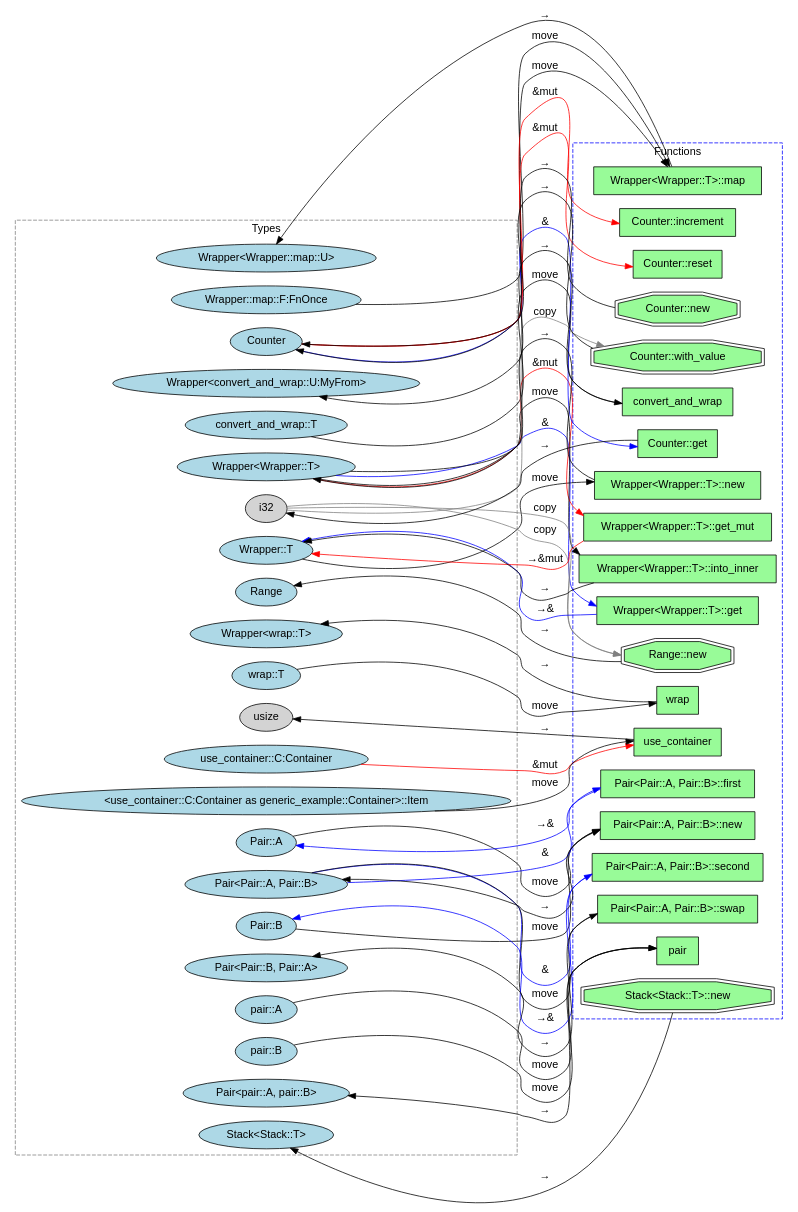
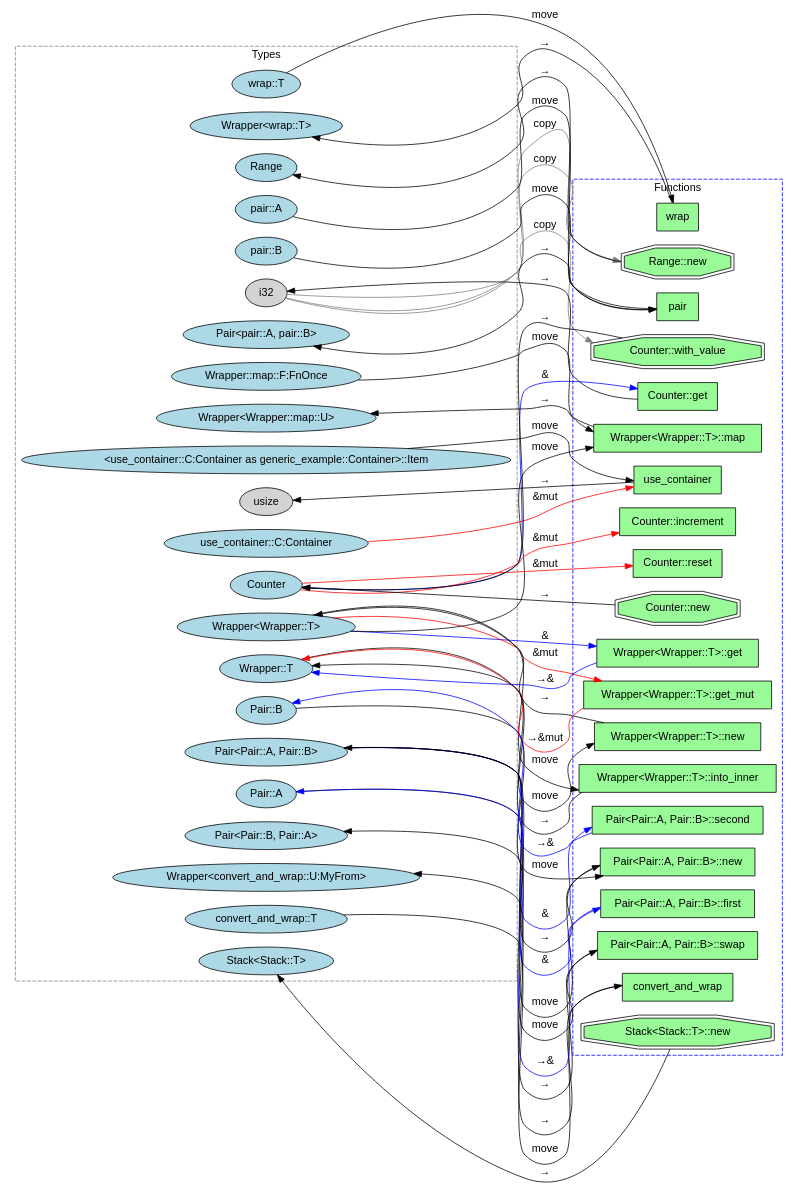
The diagram in test_output/generic_example/apigraph.dot (kevindadi/RustSynth), drawn with Graphviz before and after one commit. The commit also changed 33 other files, not shown here.

First line of the commit message:
Refactor test.sh and enhance reachability graph generation

```diff
--- a/test_output/generic_example/apigraph.dot
+++ b/test_output/generic_example/apigraph.dot
@@ -1,105 +1,105 @@
 digraph ApiGraph {
   rankdir=LR;
   fontname="Helvetica";
   node [fontname="Helvetica"];
   edge [fontname="Helvetica"];
 
   // Type nodes (椭圆)
   subgraph cluster_types {
     label="Types";
     style=dashed;
     color=gray;
-    T0 [label="Stack<Stack::T>", shape=ellipse, style=filled, fillcolor=lightblue];
-    T1 [label="convert_and_wrap::T", shape=ellipse, style=filled, fillcolor=lightblue];
-    T2 [label="Wrapper<convert_and_wrap::U:MyFrom>", shape=ellipse, style=filled, fillcolor=lightblue];
-    T3 [label="Wrapper::T", shape=ellipse, style=filled, fillcolor=lightblue];
-    T4 [label="Wrapper<Wrapper::T>", shape=ellipse, style=filled, fillcolor=lightblue];
-    T5 [label="Wrapper::map::F:FnOnce", shape=ellipse, style=filled, fillcolor=lightblue];
-    T6 [label="Wrapper<Wrapper::map::U>", shape=ellipse, style=filled, fillcolor=lightblue];
-    T7 [label="wrap::T", shape=ellipse, style=filled, fillcolor=lightblue];
-    T8 [label="Wrapper<wrap::T>", shape=ellipse, style=filled, fillcolor=lightblue];
-    T9 [label="Counter", shape=ellipse, style=filled, fillcolor=lightblue];
-    T10 [label="i32", shape=ellipse, style=filled, fillcolor=lightgray];
-    T11 [label="Pair::A", shape=ellipse, style=filled, fillcolor=lightblue];
-    T12 [label="Pair::B", shape=ellipse, style=filled, fillcolor=lightblue];
-    T13 [label="Pair<Pair::A, Pair::B>", shape=ellipse, style=filled, fillcolor=lightblue];
-    T14 [label="Pair<Pair::B, Pair::A>", shape=ellipse, style=filled, fillcolor=lightblue];
-    T15 [label="use_container::C:Container", shape=ellipse, style=filled, fillcolor=lightblue];
-    T16 [label="<use_container::C:Container as generic_example::Container>::Item", shape=ellipse, style=filled, fillcolor=lightblue];
-    T17 [label="usize", shape=ellipse, style=filled, fillcolor=lightgray];
-    T18 [label="Range", shape=ellipse, style=filled, fillcolor=lightblue];
-    T19 [label="pair::A", shape=ellipse, style=filled, fillcolor=lightblue];
-    T20 [label="pair::B", shape=ellipse, style=filled, fillcolor=lightblue];
-    T21 [label="Pair<pair::A, pair::B>", shape=ellipse, style=filled, fillcolor=lightblue];
+    T0 [label="i32", shape=ellipse, style=filled, fillcolor=lightgray];
+    T1 [label="Range", shape=ellipse, style=filled, fillcolor=lightblue];
+    T2 [label="wrap::T", shape=ellipse, style=filled, fillcolor=lightblue];
+    T3 [label="Wrapper<wrap::T>", shape=ellipse, style=filled, fillcolor=lightblue];
+    T4 [label="pair::A", shape=ellipse, style=filled, fillcolor=lightblue];
+    T5 [label="pair::B", shape=ellipse, style=filled, fillcolor=lightblue];
+    T6 [label="Pair<pair::A, pair::B>", shape=ellipse, style=filled, fillcolor=lightblue];
+    T7 [label="Wrapper::T", shape=ellipse, style=filled, fillcolor=lightblue];
+    T8 [label="Wrapper<Wrapper::T>", shape=ellipse, style=filled, fillcolor=lightblue];
+    T9 [label="Wrapper::map::F:FnOnce", shape=ellipse, style=filled, fillcolor=lightblue];
+    T10 [label="Wrapper<Wrapper::map::U>", shape=ellipse, style=filled, fillcolor=lightblue];
+    T11 [label="Stack<Stack::T>", shape=ellipse, style=filled, fillcolor=lightblue];
+    T12 [label="convert_and_wrap::T", shape=ellipse, style=filled, fillcolor=lightblue];
+    T13 [label="Wrapper<convert_and_wrap::U:MyFrom>", shape=ellipse, style=filled, fillcolor=lightblue];
+    T14 [label="Pair::A", shape=ellipse, style=filled, fillcolor=lightblue];
+    T15 [label="Pair::B", shape=ellipse, style=filled, fillcolor=lightblue];
+    T16 [label="Pair<Pair::A, Pair::B>", shape=ellipse, style=filled, fillcolor=lightblue];
+    T17 [label="Pair<Pair::B, Pair::A>", shape=ellipse, style=filled, fillcolor=lightblue];
+    T18 [label="use_container::C:Container", shape=ellipse, style=filled, fillcolor=lightblue];
+    T19 [label="<use_container::C:Container as generic_example::Container>::Item", shape=ellipse, style=filled, fillcolor=lightblue];
+    T20 [label="usize", shape=ellipse, style=filled, fillcolor=lightgray];
+    T21 [label="Counter", shape=ellipse, style=filled, fillcolor=lightblue];
   }
 
   // Function nodes (方框)
   subgraph cluster_functions {
     label="Functions";
     style=dashed;
     color=blue;
-    F0 [label="Stack<Stack::T>::new", shape=doubleoctagon, style=filled, fillcolor=palegreen];
-    F1 [label="convert_and_wrap", shape=box, style=filled, fillcolor=palegreen];
-    F2 [label="Wrapper<Wrapper::T>::new", shape=box, style=filled, fillcolor=palegreen];
-    F3 [label="Wrapper<Wrapper::T>::get", shape=box, style=filled, fillcolor=palegreen];
-    F4 [label="Wrapper<Wrapper::T>::get_mut", shape=box, style=filled, fillcolor=palegreen];
-    F5 [label="Wrapper<Wrapper::T>::into_inner", shape=box, style=filled, fillcolor=palegreen];
-    F6 [label="Wrapper<Wrapper::T>::map", shape=box, style=filled, fillcolor=palegreen];
-    F7 [label="wrap", shape=box, style=filled, fillcolor=palegreen];
-    F8 [label="Counter::new", shape=doubleoctagon, style=filled, fillcolor=palegreen];
-    F9 [label="Counter::with_value", shape=doubleoctagon, style=filled, fillcolor=palegreen];
-    F10 [label="Counter::get", shape=box, style=filled, fillcolor=palegreen];
-    F11 [label="Counter::increment", shape=box, style=filled, fillcolor=palegreen];
-    F12 [label="Counter::reset", shape=box, style=filled, fillcolor=palegreen];
-    F13 [label="Pair<Pair::A, Pair::B>::new", shape=box, style=filled, fillcolor=palegreen];
-    F14 [label="Pair<Pair::A, Pair::B>::first", shape=box, style=filled, fillcolor=palegreen];
-    F15 [label="Pair<Pair::A, Pair::B>::second", shape=box, style=filled, fillcolor=palegreen];
-    F16 [label="Pair<Pair::A, Pair::B>::swap", shape=box, style=filled, fillcolor=palegreen];
-    F17 [label="use_container", shape=box, style=filled, fillcolor=palegreen];
-    F18 [label="Range::new", shape=doubleoctagon, style=filled, fillcolor=palegreen];
-    F19 [label="pair", shape=box, style=filled, fillcolor=palegreen];
+    F0 [label="Range::new", shape=doubleoctagon, style=filled, fillcolor=palegreen];
+    F1 [label="wrap", shape=box, style=filled, fillcolor=palegreen];
+    F2 [label="pair", shape=box, style=filled, fillcolor=palegreen];
+    F3 [label="Wrapper<Wrapper::T>::new", shape=box, style=filled, fillcolor=palegreen];
+    F4 [label="Wrapper<Wrapper::T>::get", shape=box, style=filled, fillcolor=palegreen];
+    F5 [label="Wrapper<Wrapper::T>::get_mut", shape=box, style=filled, fillcolor=palegreen];
+    F6 [label="Wrapper<Wrapper::T>::into_inner", shape=box, style=filled, fillcolor=palegreen];
+    F7 [label="Wrapper<Wrapper::T>::map", shape=box, style=filled, fillcolor=palegreen];
+    F8 [label="Stack<Stack::T>::new", shape=doubleoctagon, style=filled, fillcolor=palegreen];
+    F9 [label="convert_and_wrap", shape=box, style=filled, fillcolor=palegreen];
+    F10 [label="Pair<Pair::A, Pair::B>::new", shape=box, style=filled, fillcolor=palegreen];
+    F11 [label="Pair<Pair::A, Pair::B>::first", shape=box, style=filled, fillcolor=palegreen];
+    F12 [label="Pair<Pair::A, Pair::B>::second", shape=box, style=filled, fillcolor=palegreen];
+    F13 [label="Pair<Pair::A, Pair::B>::swap", shape=box, style=filled, fillcolor=palegreen];
+    F14 [label="use_container", shape=box, style=filled, fillcolor=palegreen];
+    F15 [label="Counter::new", shape=doubleoctagon, style=filled, fillcolor=palegreen];
+    F16 [label="Counter::with_value", shape=doubleoctagon, style=filled, fillcolor=palegreen];
+    F17 [label="Counter::get", shape=box, style=filled, fillcolor=palegreen];
+    F18 [label="Counter::increment", shape=box, style=filled, fillcolor=palegreen];
+    F19 [label="Counter::reset", shape=box, style=filled, fillcolor=palegreen];
   }
 
   // Edges
-  F0 -> T0 [label="→", color=black, style=solid];
-  T1 -> F1 [label="move", color=black, style=solid];
-  F1 -> T2 [label="→", color=black, style=solid];
-  T3 -> F2 [label="move", color=black, style=solid];
-  F2 -> T4 [label="→", color=black, style=solid];
-  T4 -> F3 [label="&", color=blue, style=solid];
-  F3 -> T3 [label="→&", color=blue, style=solid];
-  T4 -> F4 [label="&mut", color=red, style=solid];
-  F4 -> T3 [label="→&mut", color=red, style=solid];
-  T4 -> F5 [label="move", color=black, style=solid];
-  F5 -> T3 [label="→", color=black, style=solid];
-  T4 -> F6 [label="move", color=black, style=solid];
-  T5 -> F6 [label="move", color=black, style=solid];
-  F6 -> T6 [label="→", color=black, style=solid];
-  T7 -> F7 [label="move", color=black, style=solid];
-  F7 -> T8 [label="→", color=black, style=solid];
-  F8 -> T9 [label="→", color=black, style=solid];
-  T10 -> F9 [label="copy", color=gray, style=solid];
-  F9 -> T9 [label="→", color=black, style=solid];
-  T9 -> F10 [label="&", color=blue, style=solid];
-  F10 -> T10 [label="→", color=black, style=solid];
-  T9 -> F11 [label="&mut", color=red, style=solid];
-  T9 -> F12 [label="&mut", color=red, style=solid];
-  T11 -> F13 [label="move", color=black, style=solid];
-  T12 -> F13 [label="move", color=black, style=solid];
-  F13 -> T13 [label="→", color=black, style=solid];
-  T13 -> F14 [label="&", color=blue, style=solid];
-  F14 -> T11 [label="→&", color=blue, style=solid];
-  T13 -> F15 [label="&", color=blue, style=solid];
-  F15 -> T12 [label="→&", color=blue, style=solid];
-  T13 -> F16 [label="move", color=black, style=solid];
-  F16 -> T14 [label="→", color=black, style=solid];
-  T15 -> F17 [label="&mut", color=red, style=solid];
-  T16 -> F17 [label="move", color=black, style=solid];
-  F17 -> T17 [label="→", color=black, style=solid];
-  T10 -> F18 [label="copy", color=gray, style=solid];
-  T10 -> F18 [label="copy", color=gray, style=solid];
-  F18 -> T18 [label="→", color=black, style=solid];
-  T19 -> F19 [label="move", color=black, style=solid];
-  T20 -> F19 [label="move", color=black, style=solid];
-  F19 -> T21 [label="→", color=black, style=solid];
+  T0 -> F0 [label="copy", color=gray, style=solid];
+  T0 -> F0 [label="copy", color=gray, style=solid];
+  F0 -> T1 [label="→", color=black, style=solid];
+  T2 -> F1 [label="move", color=black, style=solid];
+  F1 -> T3 [label="→", color=black, style=solid];
+  T4 -> F2 [label="move", color=black, style=solid];
+  T5 -> F2 [label="move", color=black, style=solid];
+  F2 -> T6 [label="→", color=black, style=solid];
+  T7 -> F3 [label="move", color=black, style=solid];
+  F3 -> T8 [label="→", color=black, style=solid];
+  T8 -> F4 [label="&", color=blue, style=solid];
+  F4 -> T7 [label="→&", color=blue, style=solid];
+  T8 -> F5 [label="&mut", color=red, style=solid];
+  F5 -> T7 [label="→&mut", color=red, style=solid];
+  T8 -> F6 [label="move", color=black, style=solid];
+  F6 -> T7 [label="→", color=black, style=solid];
+  T8 -> F7 [label="move", color=black, style=solid];
+  T9 -> F7 [label="move", color=black, style=solid];
+  F7 -> T10 [label="→", color=black, style=solid];
+  F8 -> T11 [label="→", color=black, style=solid];
+  T12 -> F9 [label="move", color=black, style=solid];
+  F9 -> T13 [label="→", color=black, style=solid];
+  T14 -> F10 [label="move", color=black, style=solid];
+  T15 -> F10 [label="move", color=black, style=solid];
+  F10 -> T16 [label="→", color=black, style=solid];
+  T16 -> F11 [label="&", color=blue, style=solid];
+  F11 -> T14 [label="→&", color=blue, style=solid];
+  T16 -> F12 [label="&", color=blue, style=solid];
+  F12 -> T15 [label="→&", color=blue, style=solid];
+  T16 -> F13 [label="move", color=black, style=solid];
+  F13 -> T17 [label="→", color=black, style=solid];
+  T18 -> F14 [label="&mut", color=red, style=solid];
+  T19 -> F14 [label="move", color=black, style=solid];
+  F14 -> T20 [label="→", color=black, style=solid];
+  F15 -> T21 [label="→", color=black, style=solid];
+  T0 -> F16 [label="copy", color=gray, style=solid];
+  F16 -> T21 [label="→", color=black, style=solid];
+  T21 -> F17 [label="&", color=blue, style=solid];
+  F17 -> T0 [label="→", color=black, style=solid];
+  T21 -> F18 [label="&mut", color=red, style=solid];
+  T21 -> F19 [label="&mut", color=red, style=solid];
 }
```
